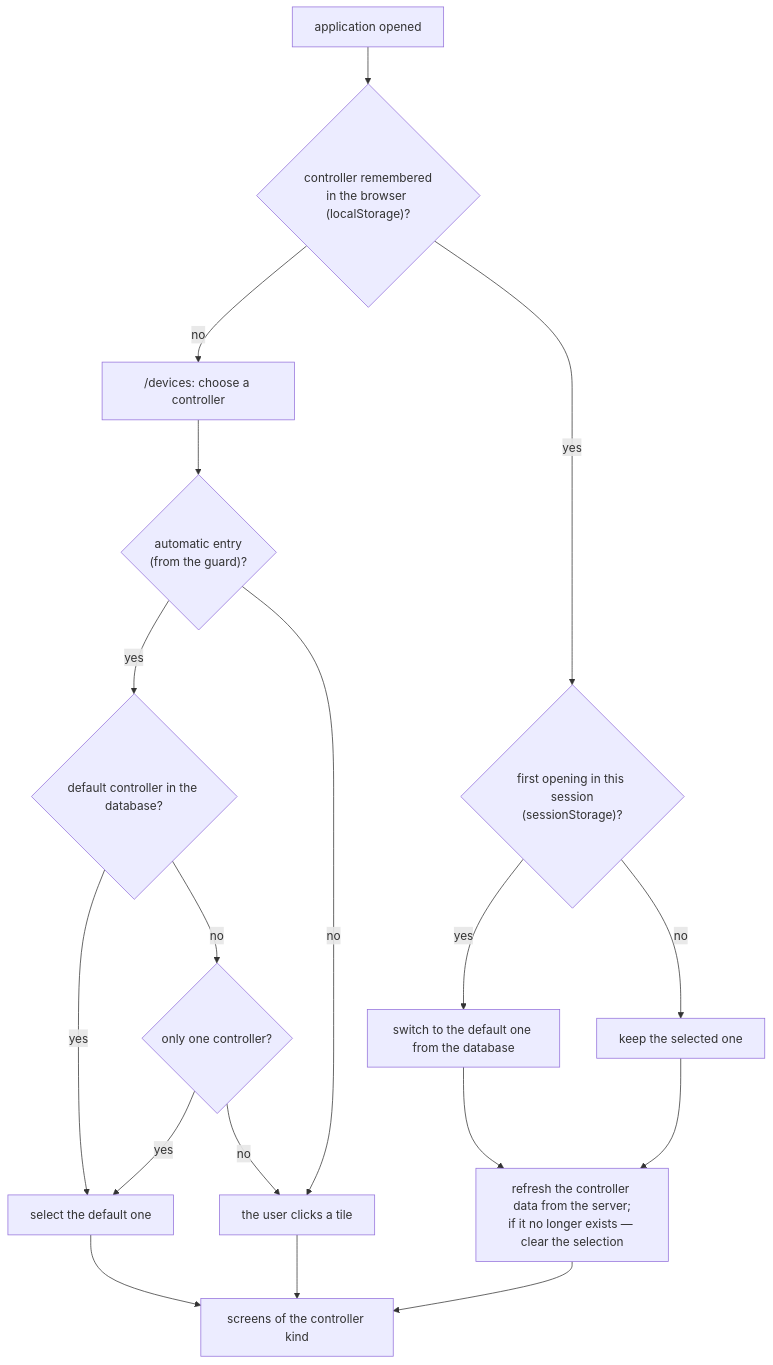
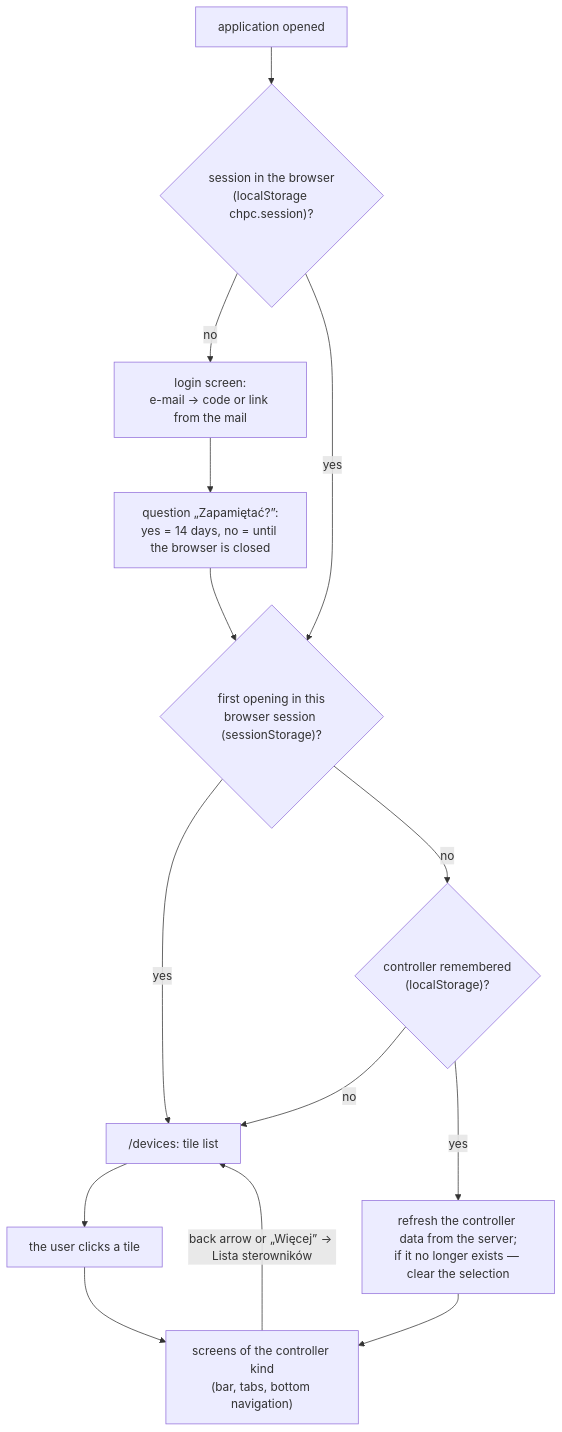
The fifth of 6 diagrams in docs/en/moduly/core/2-how-it-works.md (robertorlowski/chpc-web), drawn with Mermaid before and after one commit. The commit also changed other lines of this file and 79 other files, not shown here.

````diff
--- a/docs/en/moduly/core/2-how-it-works.md
+++ b/docs/en/moduly/core/2-how-it-works.md
@@ -118,20 +118,16 @@
 ```mermaid
 flowchart TD
-    S["application opened"] --> L{"controller remembered<br/>in the browser (localStorage)?"}
-    L -- no --> DEV["/devices: choose a controller"]
-    DEV --> AUTO{"automatic entry<br/>(from the guard)?"}
-    AUTO -- yes --> DEF{"default controller in the database?"}
-    DEF -- yes --> PICK["select the default one"]
-    DEF -- no --> ONE{"only one controller?"}
-    ONE -- yes --> PICK
-    ONE -- no --> USER["the user clicks a tile"]
-    AUTO -- no --> USER
-    L -- yes --> SES{"first opening in this session<br/>(sessionStorage)?"}
-    SES -- yes --> SW["switch to the default one from the database"]
-    SES -- no --> KEEP["keep the selected one"]
-    SW --> CHK
-    KEEP --> CHK["refresh the controller data from the server;<br/>if it no longer exists — clear the selection"]
-    PICK --> APP["screens of the controller kind"]
-    USER --> APP
+    S["application opened"] --> AUTH{"session in the browser<br/>(localStorage chpc.session)?"}
+    AUTH -- no --> LOGIN["login screen:<br/>e-mail → code or link from the mail"]
+    LOGIN --> REM["question „Zapamiętać?”:<br/>yes = 14 days, no = until the browser is closed"]
+    REM --> FIRST
+    AUTH -- yes --> FIRST{"first opening in this<br/>browser session (sessionStorage)?"}
+    FIRST -- yes --> DEV["/devices: tile list"]
+    FIRST -- no --> SEL{"controller remembered<br/>(localStorage)?"}
+    SEL -- no --> DEV
+    SEL -- yes --> CHK["refresh the controller data from the server;<br/>if it no longer exists — clear the selection"]
+    DEV --> USER["the user clicks a tile"]
+    USER --> APP["screens of the controller kind<br/>(bar, tabs, bottom navigation)"]
     CHK --> APP
+    APP -- "back arrow or „Więcej” → Lista sterowników" --> DEV
 ```
````
